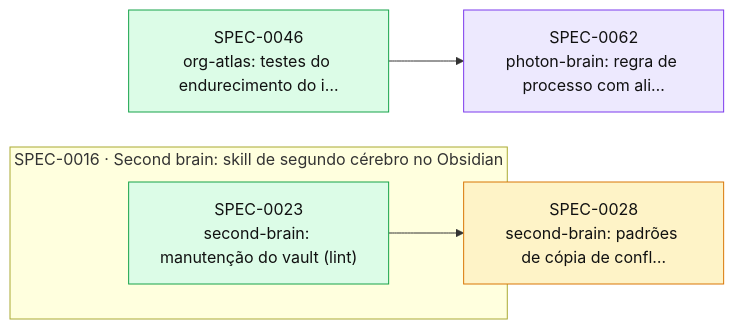
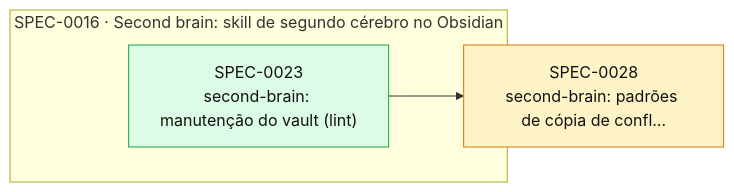
Before and after one commit to thomasravache/ai-dev-brain: the diagram in docs/specs/INDEX.md, drawn with Mermaid. The commit also changed other lines of this file and 1 other file, not shown here.

First line of the commit message:
docs(specs): G7 e fechamento da SPEC-0062

````diff
--- a/docs/specs/INDEX.md
+++ b/docs/specs/INDEX.md
@@ -49,16 +48,13 @@
 ```mermaid
 flowchart LR
   S0028["SPEC-0028<br/>second-brain: padrões de cópia de confl…"]:::proposed
-  S0046["SPEC-0046<br/>org-atlas: testes do endurecimento do i…"]:::implemented
-  S0062["SPEC-0062<br/>photon-brain: regra de processo com ali…"]:::inprogress
   subgraph E0016["SPEC-0016 · Second brain: skill de segundo cérebro no Obsidian"]
     S0023["SPEC-0023<br/>second-brain: manutenção do vault (lint)"]:::implemented
   end
   S0023 --> S0028
-  S0046 --> S0062
   classDef proposed fill:#fef3c7,stroke:#d97706,color:#111
   classDef approved fill:#dbeafe,stroke:#2563eb,color:#111
   classDef inprogress fill:#ede9fe,stroke:#7c3aed,color:#111
   classDef implemented fill:#dcfce7,stroke:#16a34a,color:#111
   classDef deprecated fill:#f3f4f6,stroke:#9ca3af,color:#6b7280
 ```
````
